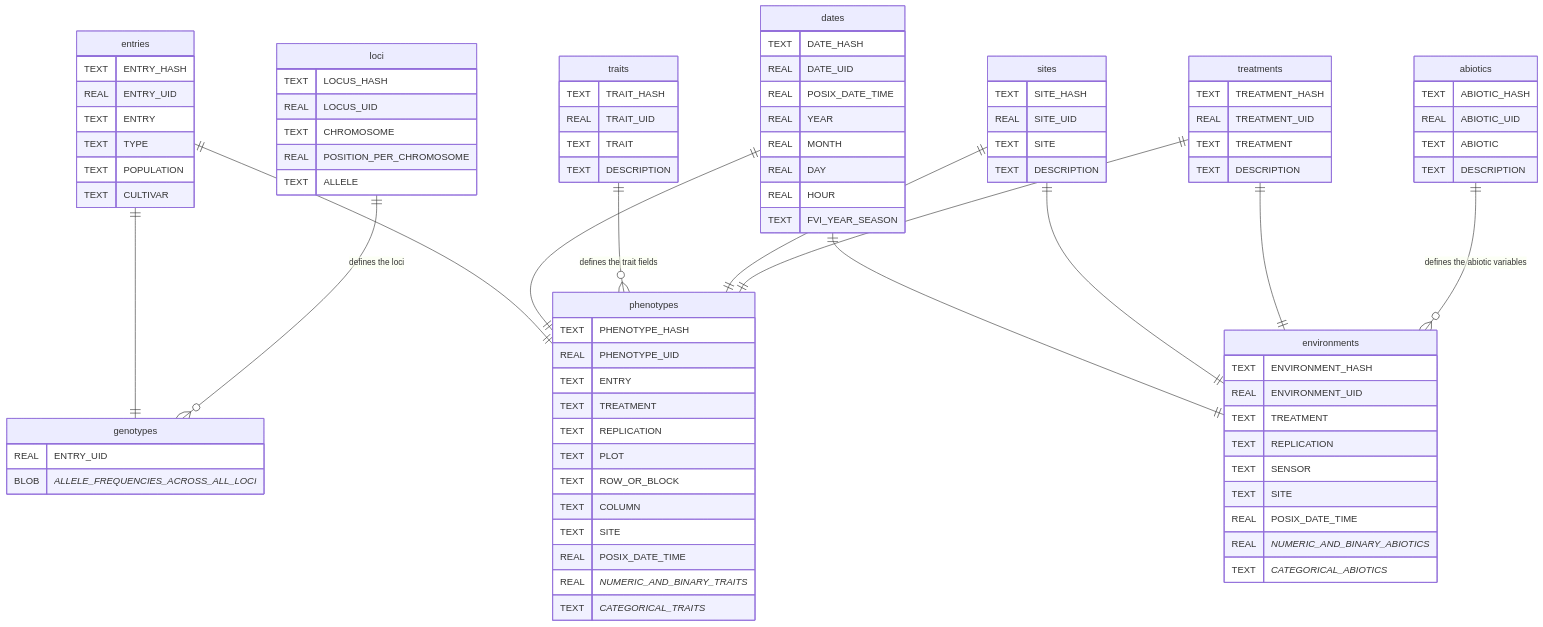
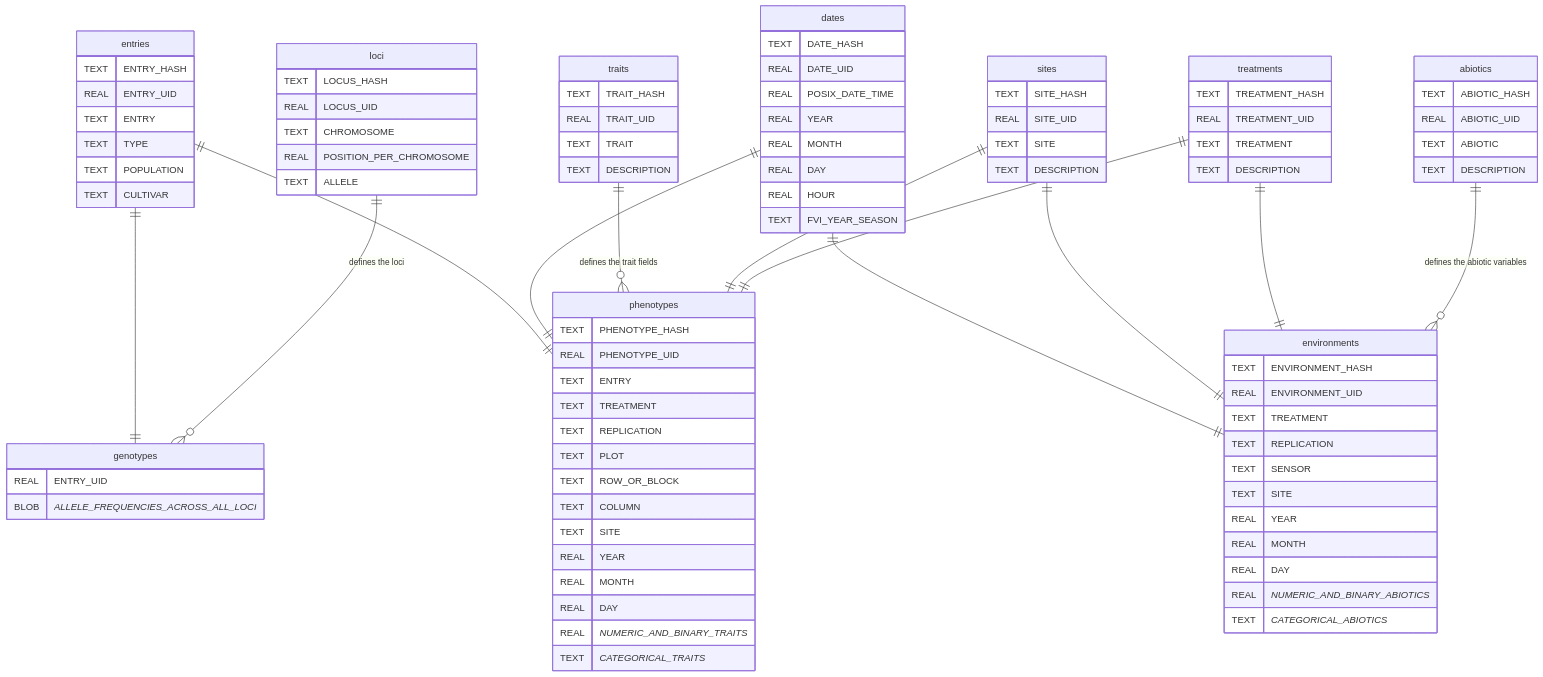
One commit to jeffersonfparil/db changed the diagram in README.md. Above: the diagram before and after it, drawn with Mermaid. The commit also changed 2 other files, not shown here.

Commit message:
drafting plotting functions

```diff
--- a/README.md
+++ b/README.md
@@ -214,7 +214,9 @@
         TEXT ROW_OR_BLOCK
         TEXT COLUMN
         TEXT SITE
-        REAL POSIX_DATE_TIME
+        REAL YEAR
+        REAL MONTH
+        REAL DAY
         REAL _NUMERIC_AND_BINARY_TRAITS_
         TEXT _CATEGORICAL_TRAITS_
     }
@@ -228,7 +230,9 @@
         TEXT REPLICATION
         TEXT SENSOR
         TEXT SITE
-        REAL POSIX_DATE_TIME
+        REAL YEAR
+        REAL MONTH
+        REAL DAY
         REAL _NUMERIC_AND_BINARY_ABIOTICS_
         TEXT _CATEGORICAL_ABIOTICS_
     }
```
